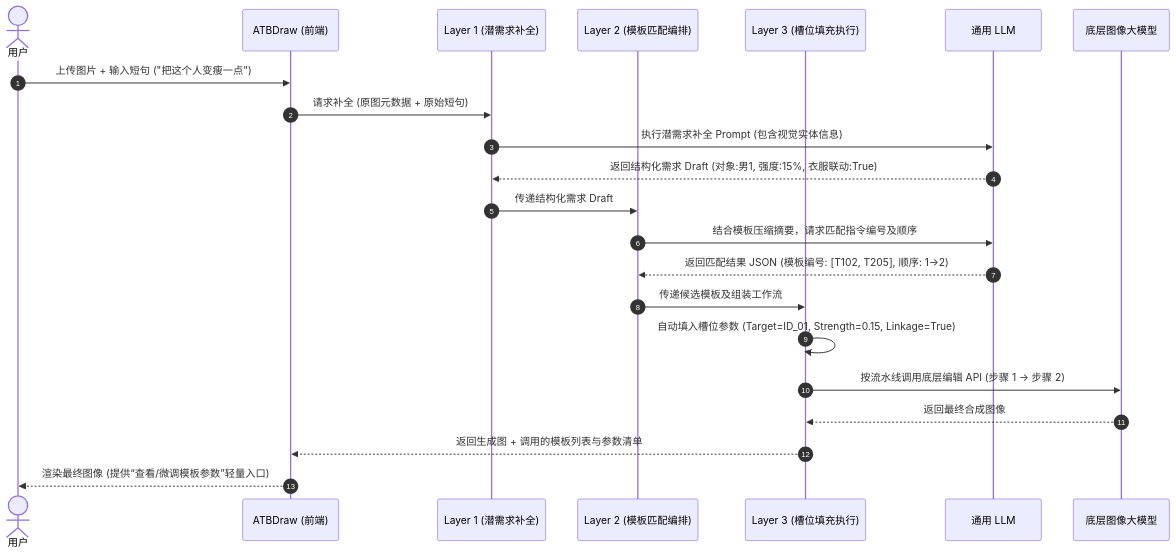
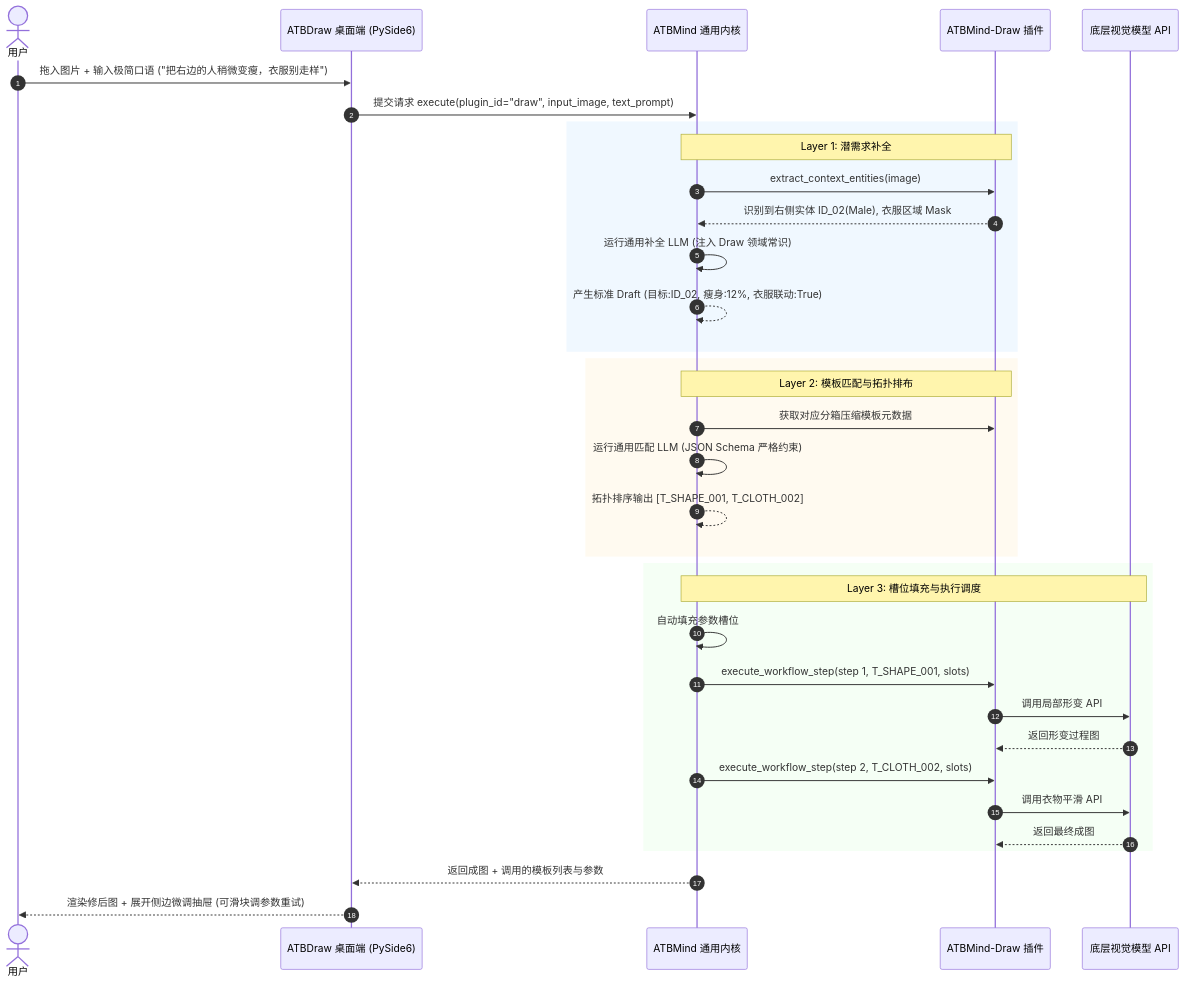
One commit to aitobox/ATBMind changed the second of 2 diagrams in docs/design/ATBMind-design.md. Above: the diagram before and after it, drawn with Mermaid. The commit also changed other lines of this file, not shown here.

Commit message:
docs: refine ATBMind as universal prompt middleware with plugin architecture and Draw as first plugin

````diff
--- a/docs/design/ATBMind-design.md
+++ b/docs/design/ATBMind-design.md
@@ -112,28 +286,41 @@
 ```mermaid
 sequenceDiagram
     autonumber
     actor User as 用户
-    participant App as ATBDraw (前端)
-    participant L1 as Layer 1 (潜需求补全)
-    participant L2 as Layer 2 (模板匹配编排)
-    participant L3 as Layer 3 (槽位填充执行)
-    participant LLM as 通用 LLM
-    participant ImgAI as 底层图像大模型
+    participant UI as ATBDraw 桌面端 (PySide6)
+    participant Core as ATBMind 通用内核
+    participant DrawPlug as ATBMind-Draw 插件
+    participant ImgAI as 底层视觉模型 API
 
-    User->>App: 上传图片 + 输入短句 ("把这个人变瘦一点")
-    App->>L1: 请求补全 (原图元数据 + 原始短句)
-    L1->>LLM: 执行潜需求补全 Prompt (包含视觉实体信息)
-    LLM-->>L1: 返回结构化需求 Draft (对象:男1, 强度:15%, 衣服联动:True)
+    User->>UI: 拖入图片 + 输入极简口语 ("把右边的人稍微变瘦，衣服别走样")
+    UI->>Core: 提交请求 execute(plugin_id="draw", input_image, text_prompt)
     
-    L1->>L2: 传递结构化需求 Draft
-    L2->>LLM: 结合模板压缩摘要，请求匹配指令编号及顺序
-    LLM-->>L2: 返回匹配结果 JSON (模板编号: [T102, T205], 顺序: 1->2)
-    
-    L2->>L3: 传递候选模板及组装工作流
-    L3->>L3: 自动填入槽位参数 (Target=ID_01, Strength=0.15, Linkage=True)
-    L3->>ImgAI: 按流水线调用底层编辑 API (步骤 1 -> 步骤 2)
-    ImgAI-->>L3: 返回最终合成图像
-    
-    L3-->>App: 返回生成图 + 调用的模板列表与参数清单
-    App-->>User: 渲染最终图像 (提供“查看/微调模板参数”轻量入口)
+    rect rgb(240, 248, 255)
+    Note over Core,DrawPlug: Layer 1: 潜需求补全
+    Core->>DrawPlug: extract_context_entities(image)
+    DrawPlug-->>Core: 识别到右侧实体 ID_02(Male), 衣服区域 Mask
+    Core->>Core: 运行通用补全 LLM (注入 Draw 领域常识)
+    Core-->>Core: 产生标准 Draft (目标:ID_02, 瘦身:12%, 衣服联动:True)
+    end
+
+    rect rgb(255, 250, 240)
+    Note over Core,DrawPlug: Layer 2: 模板匹配与拓扑排布
+    Core->>DrawPlug: 获取对应分箱压缩模板元数据
+    Core->>Core: 运行通用匹配 LLM (JSON Schema 严格约束)
+    Core-->>Core: 拓扑排序输出 [T_SHAPE_001, T_CLOTH_002]
+    end
+
+    rect rgb(245, 255, 245)
+    Note over Core,ImgAI: Layer 3: 槽位填充与执行调度
+    Core->>Core: 自动填充参数槽位
+    Core->>DrawPlug: execute_workflow_step(step 1, T_SHAPE_001, slots)
+    DrawPlug->>ImgAI: 调用局部形变 API
+    ImgAI-->>DrawPlug: 返回形变过程图
+    Core->>DrawPlug: execute_workflow_step(step 2, T_CLOTH_002, slots)
+    DrawPlug->>ImgAI: 调用衣物平滑 API
+    ImgAI-->>DrawPlug: 返回最终成图
+    end
+
+    Core-->>UI: 返回成图 + 调用的模板列表与参数
+    UI-->>User: 渲染修后图 + 展开侧边微调抽屉 (可滑块调参数重试)
 ```
````
